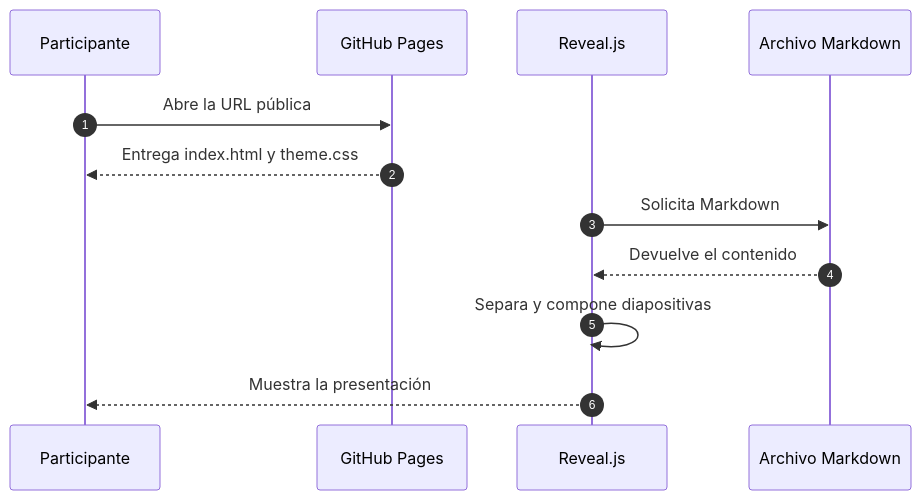
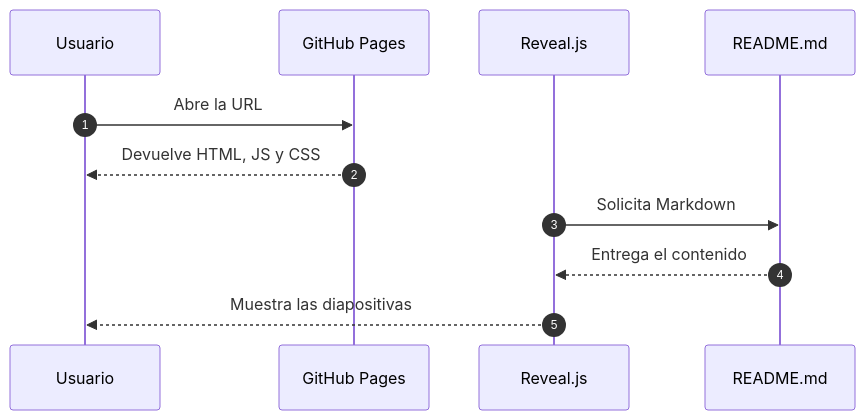
Before and after one commit to jorgektch/readme-to-slides: the third of 4 diagrams in README.md, drawn with Mermaid. The commit also changed other lines of this file and 19 other files, not shown here.

````diff
--- a/README.md
+++ b/README.md
@@ -102,14 +216,13 @@
 ```mermaid
 sequenceDiagram
     autonumber
-    participant U as Participante
+    participant U as Usuario
     participant P as GitHub Pages
     participant R as Reveal.js
-    participant M as Archivo Markdown
-    U->>P: Abre la URL pública
-    P-->>U: Entrega index.html y theme.css
+    participant M as README.md
+    U->>P: Abre la URL
+    P-->>U: Devuelve HTML, JS y CSS
     R->>M: Solicita Markdown
-    M-->>R: Devuelve el contenido
-    R->>R: Separa y compone diapositivas
-    R-->>U: Muestra la presentación
+    M-->>R: Entrega el contenido
+    R-->>U: Muestra las diapositivas
 ```
````
